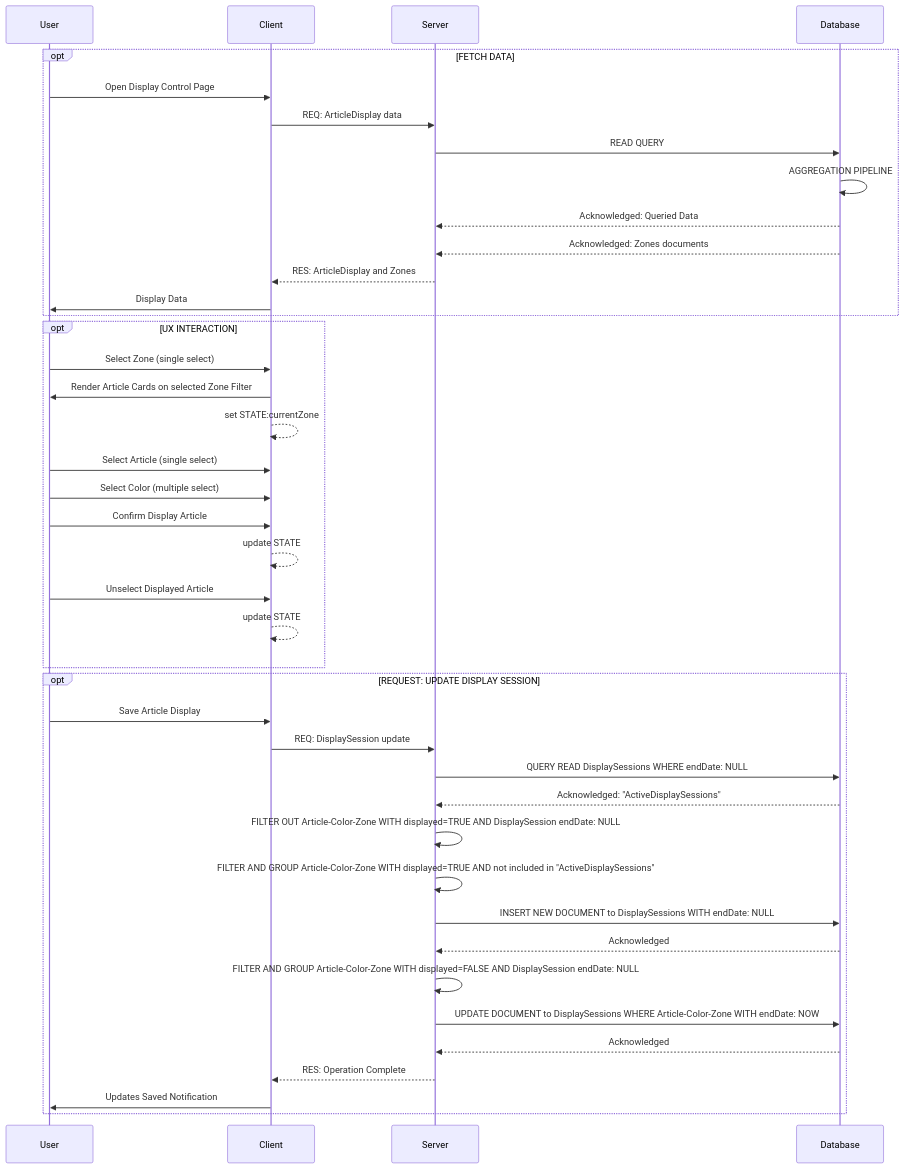
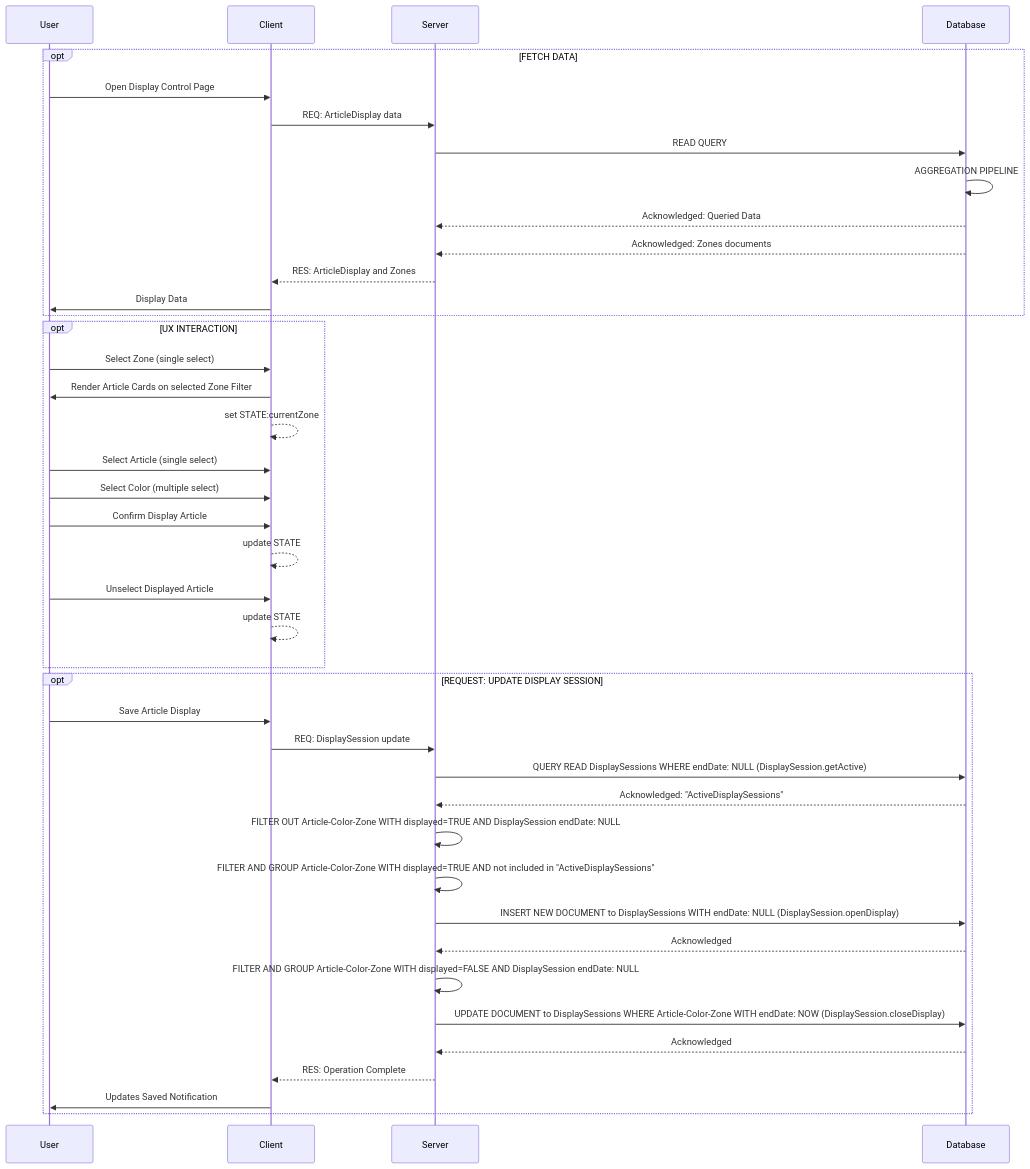
Before and after one commit to Alexwilliam112/display_control: the diagram in docs/sequence.md, drawn with Mermaid. The commit also changed 4 other files, not shown here.

````diff
--- a/docs/sequence.md
+++ b/docs/sequence.md
@@ -1,53 +1,54 @@
 ```mermaid
 sequenceDiagram
     participant User
     participant Client
     participant Server
     participant Database
 
 opt FETCH DATA
     User->>Client: Open Display Control Page
     Client->>Server: REQ: ArticleDisplay data
     Server->>Database: READ QUERY
     Database->>Database: AGGREGATION PIPELINE
     Database-->>Server: Acknowledged: Queried Data
     Database-->>Server: Acknowledged: Zones documents
     Server-->>Client: RES: ArticleDisplay and Zones
     Client->>User: Display Data
 end
 
 opt UX INTERACTION
     User ->> Client: Select Zone (single select)
     Client ->> User: Render Article Cards on selected Zone Filter
     Client -->> Client: set STATE:currentZone
 
     User ->> Client: Select Article (single select)
     User ->> Client: Select Color (multiple select)
     User ->> Client: Confirm Display Article
     Client -->> Client: update STATE
 
     User ->> Client: Unselect Displayed Article
     Client -->> Client: update STATE
 end
 
 opt REQUEST: UPDATE DISPLAY SESSION
     User ->> Client: Save Article Display
     Client ->> Server: REQ: DisplaySession update
 
-    Server->>Database: QUERY READ DisplaySessions WHERE endDate: NULL
+    Server->>Database: QUERY READ DisplaySessions WHERE endDate: NULL (DisplaySession.getActive)
     Database-->>Server: Acknowledged: "ActiveDisplaySessions"
 
     Server->>Server: FILTER OUT Article-Color-Zone WITH displayed=TRUE AND DisplaySession endDate: NULL
 
     Server->>Server: FILTER AND GROUP Article-Color-Zone WITH displayed=TRUE AND not included in "ActiveDisplaySessions"
-    Server->>Database: INSERT NEW DOCUMENT to DisplaySessions WITH endDate: NULL
+    Server->>Database: INSERT NEW DOCUMENT to DisplaySessions WITH endDate: NULL (DisplaySession.openDisplay)
     Database-->>Server: Acknowledged
 
     Server->>Server: FILTER AND GROUP Article-Color-Zone WITH displayed=FALSE AND DisplaySession endDate: NULL
-    Server->>Database: UPDATE DOCUMENT to DisplaySessions WHERE Article-Color-Zone WITH endDate: NOW
+    Server->>Database: UPDATE DOCUMENT to DisplaySessions WHERE Article-Color-Zone WITH endDate: NOW (DisplaySession.closeDisplay)
     Database-->>Server: Acknowledged
 
     Server-->>Client: RES: Operation Complete
     Client->>User: Updates Saved Notification
+
 end
 ```
````
